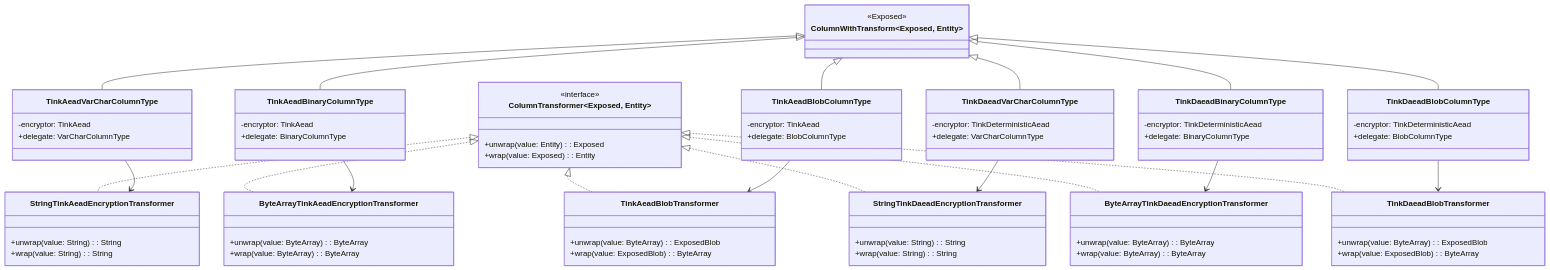
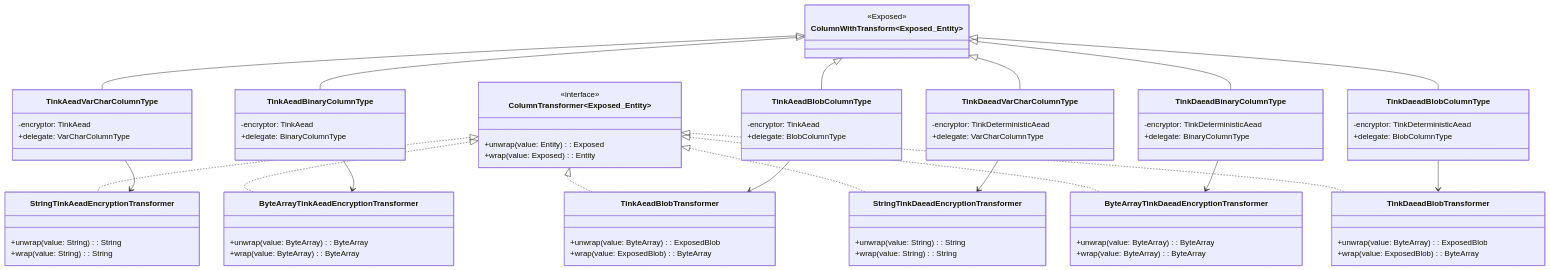
The second of 5 diagrams in data/exposed-tink/README.md (bluetape4k/bluetape4k-projects), drawn with Mermaid before and after one commit. The commit also changed other lines of this file and 95 other files, not shown here.

First line of the commit message:
docs: Mermaid 파서 오류 전체 수정 (IntelliJ IDEA 호환)

````diff
--- a/data/exposed-tink/README.md
+++ b/data/exposed-tink/README.md
@@ -237,82 +233,82 @@
 ```mermaid
 classDiagram
-    class ColumnWithTransform~Exposed, Entity~ {
+    class ColumnWithTransform~Exposed_Entity~ {
         <<Exposed>>
     }
-    class ColumnTransformer~Exposed, Entity~ {
+    class ColumnTransformer~Exposed_Entity~ {
         <<interface>>
         +unwrap(value: Entity): Exposed
         +wrap(value: Exposed): Entity
     }
 
     class TinkAeadVarCharColumnType {
         -encryptor: TinkAead
         +delegate: VarCharColumnType
     }
     class TinkAeadBinaryColumnType {
         -encryptor: TinkAead
         +delegate: BinaryColumnType
     }
     class TinkAeadBlobColumnType {
         -encryptor: TinkAead
         +delegate: BlobColumnType
     }
     class TinkDaeadVarCharColumnType {
         -encryptor: TinkDeterministicAead
         +delegate: VarCharColumnType
     }
     class TinkDaeadBinaryColumnType {
         -encryptor: TinkDeterministicAead
         +delegate: BinaryColumnType
     }
     class TinkDaeadBlobColumnType {
         -encryptor: TinkDeterministicAead
         +delegate: BlobColumnType
     }
 
     class StringTinkAeadEncryptionTransformer {
         +unwrap(value: String): String
         +wrap(value: String): String
     }
     class ByteArrayTinkAeadEncryptionTransformer {
         +unwrap(value: ByteArray): ByteArray
         +wrap(value: ByteArray): ByteArray
     }
     class TinkAeadBlobTransformer {
         +unwrap(value: ByteArray): ExposedBlob
         +wrap(value: ExposedBlob): ByteArray
     }
     class StringTinkDaeadEncryptionTransformer {
         +unwrap(value: String): String
         +wrap(value: String): String
     }
     class ByteArrayTinkDaeadEncryptionTransformer {
         +unwrap(value: ByteArray): ByteArray
         +wrap(value: ByteArray): ByteArray
     }
     class TinkDaeadBlobTransformer {
         +unwrap(value: ByteArray): ExposedBlob
         +wrap(value: ExposedBlob): ByteArray
     }
 
     ColumnWithTransform <|-- TinkAeadVarCharColumnType
     ColumnWithTransform <|-- TinkAeadBinaryColumnType
     ColumnWithTransform <|-- TinkAeadBlobColumnType
     ColumnWithTransform <|-- TinkDaeadVarCharColumnType
     ColumnWithTransform <|-- TinkDaeadBinaryColumnType
     ColumnWithTransform <|-- TinkDaeadBlobColumnType
 
     ColumnTransformer <|.. StringTinkAeadEncryptionTransformer
     ColumnTransformer <|.. ByteArrayTinkAeadEncryptionTransformer
     ColumnTransformer <|.. TinkAeadBlobTransformer
     ColumnTransformer <|.. StringTinkDaeadEncryptionTransformer
     ColumnTransformer <|.. ByteArrayTinkDaeadEncryptionTransformer
     ColumnTransformer <|.. TinkDaeadBlobTransformer
 
     TinkAeadVarCharColumnType --> StringTinkAeadEncryptionTransformer
     TinkAeadBinaryColumnType --> ByteArrayTinkAeadEncryptionTransformer
     TinkAeadBlobColumnType --> TinkAeadBlobTransformer
     TinkDaeadVarCharColumnType --> StringTinkDaeadEncryptionTransformer
     TinkDaeadBinaryColumnType --> ByteArrayTinkDaeadEncryptionTransformer
     TinkDaeadBlobColumnType --> TinkDaeadBlobTransformer
 ```
````
